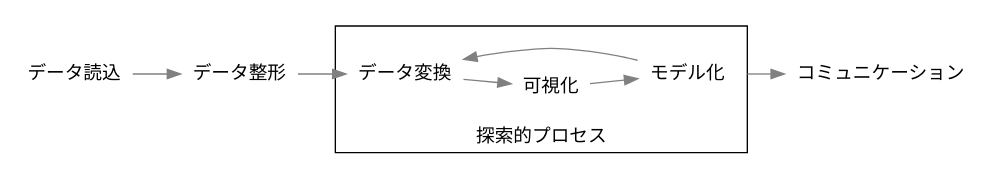
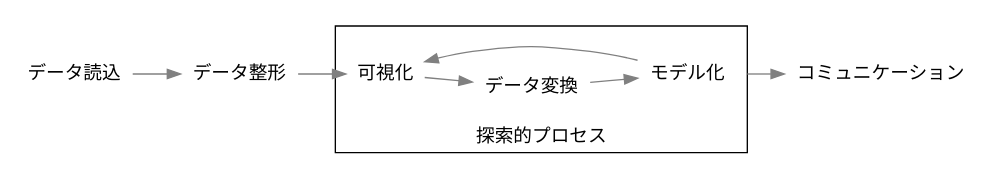
Before and after one commit to takatu-kazusige/intro_to_tidyverse: the diagram in data_analysis_process.dot, drawn with Graphviz. The commit also changed 3 other files, not shown here.

Commit message:
図と文章が合っていなかったので、合わせた。

```diff
--- a/data_analysis_process.dot
+++ b/data_analysis_process.dot
@@ -1,19 +1,19 @@
 digraph data_analysis {
       
       graph [compound = true, rankdir = LR, fontname = "Meiryo UI"]
       
       node [shape = none, fontname = "Meiryo UI"]
       
       edge [color = grey]
       
       subgraph cluster0 {
         label = "探索的プロセス"
         labelloc = "b"
-        データ変換 -> 可視化 -> モデル化 -> データ変換
+        可視化 -> データ変換 -> モデル化 -> 可視化
       }
       
       データ読込 -> データ整形
-      データ整形-> データ変換
+      データ整形-> 可視化
       モデル化 -> コミュニケーション [ltail = cluster0]
 
 }
```
